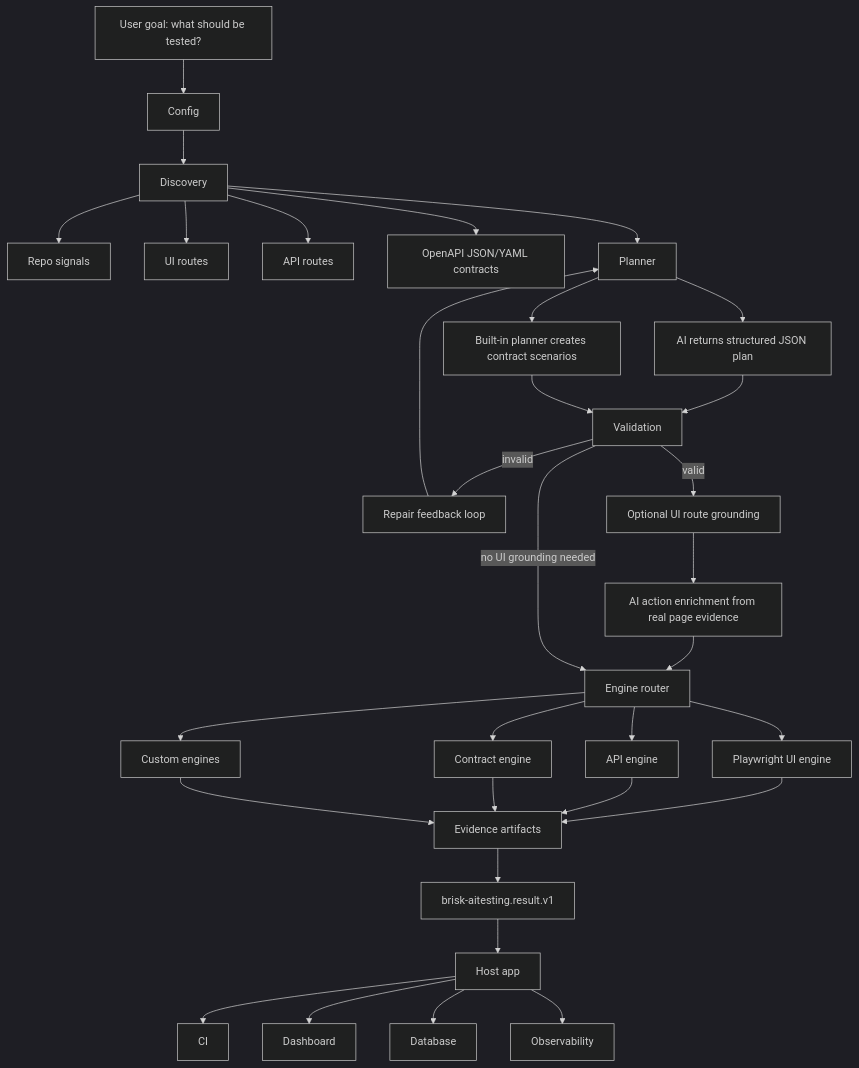
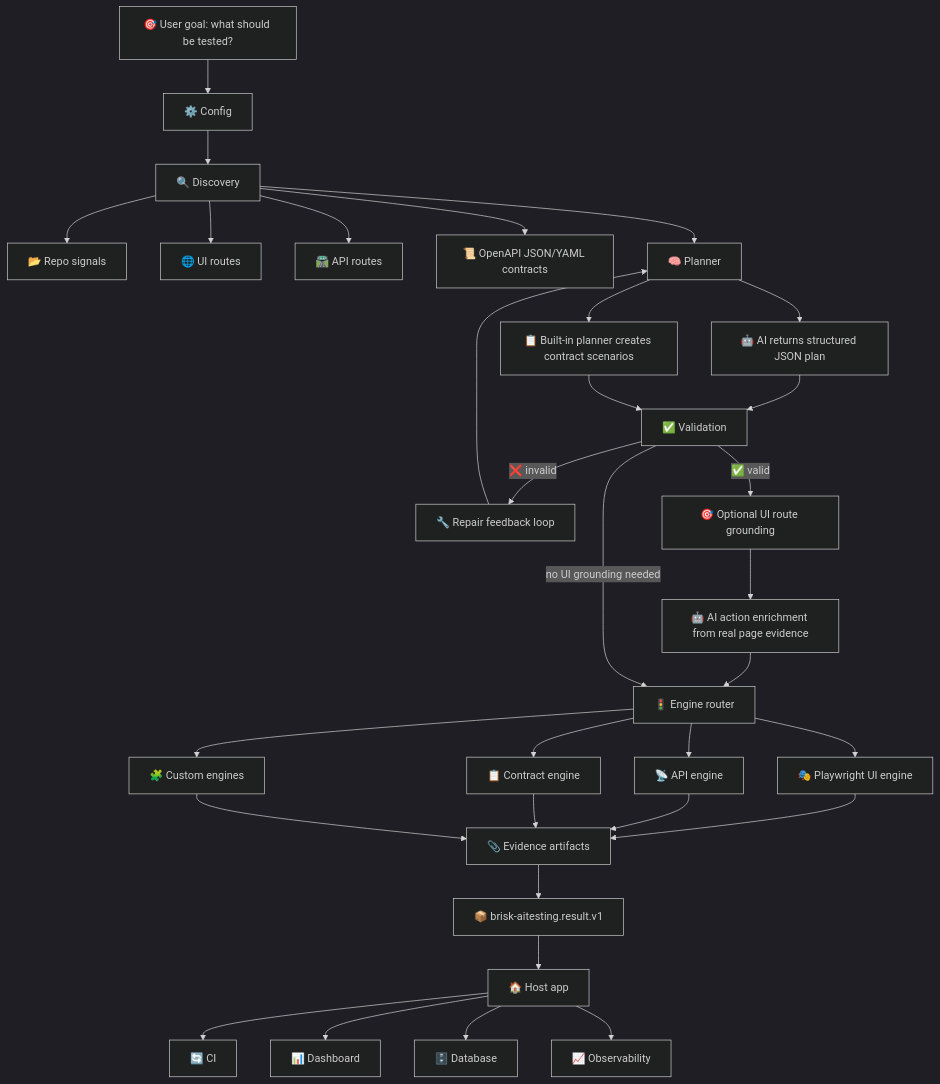
The diagram in README.md (oshjain/brisk-aitesting), drawn with Mermaid (dark theme) before and after one commit. The commit also changed other lines of this file, not shown here.

````diff
--- a/README.md
+++ b/README.md
@@ -202,40 +461,40 @@
 ```mermaid
 flowchart TD
-  A["User goal: what should be tested?"] --> B["Config"]
-  B --> C["Discovery"]
-  C --> C1["Repo signals"]
-  C --> C2["UI routes"]
-  C --> C3["API routes"]
-  C --> C4["OpenAPI JSON/YAML contracts"]
+  A["🎯 User goal: what should be tested?"] --> B["⚙️ Config"]
+  B --> C["🔍 Discovery"]
+  C --> C1["📂 Repo signals"]
+  C --> C2["🌐 UI routes"]
+  C --> C3["🛣️ API routes"]
+  C --> C4["📜 OpenAPI JSON/YAML contracts"]
 
-  C --> D["Planner"]
-  D --> D1["AI returns structured JSON plan"]
-  D --> D2["Built-in planner creates contract scenarios"]
+  C --> D["🧠 Planner"]
+  D --> D1["🤖 AI returns structured JSON plan"]
+  D --> D2["📋 Built-in planner creates contract scenarios"]
 
-  D1 --> E["Validation"]
+  D1 --> E["✅ Validation"]
   D2 --> E
-  E -->|invalid| F["Repair feedback loop"]
+  E -->|❌ invalid| F["🔧 Repair feedback loop"]
   F --> D
-  E -->|valid| G["Optional UI route grounding"]
+  E -->|✅ valid| G["🎯 Optional UI route grounding"]
 
-  G --> H["AI action enrichment from real page evidence"]
-  H --> I["Engine router"]
+  G --> H["🤖 AI action enrichment from real page evidence"]
+  H --> I["🚦 Engine router"]
   E -->|no UI grounding needed| I
 
-  I --> J["Playwright UI engine"]
-  I --> K["API engine"]
-  I --> L["Contract engine"]
-  I --> M["Custom engines"]
+  I --> J["🎭 Playwright UI engine"]
+  I --> K["📡 API engine"]
+  I --> L["📋 Contract engine"]
+  I --> M["🧩 Custom engines"]
 
-  J --> N["Evidence artifacts"]
+  J --> N["📎 Evidence artifacts"]
   K --> N
   L --> N
   M --> N
 
-  N --> O["brisk-aitesting.result.v1"]
-  O --> P["Host app"]
-  P --> P1["CI"]
-  P --> P2["Dashboard"]
-  P --> P3["Database"]
-  P --> P4["Observability"]
+  N --> O["📦 brisk-aitesting.result.v1"]
+  O --> P["🏠 Host app"]
+  P --> P1["🔄 CI"]
+  P --> P2["📊 Dashboard"]
+  P --> P3["🗄️ Database"]
+  P --> P4["📈 Observability"]
 ```
````
